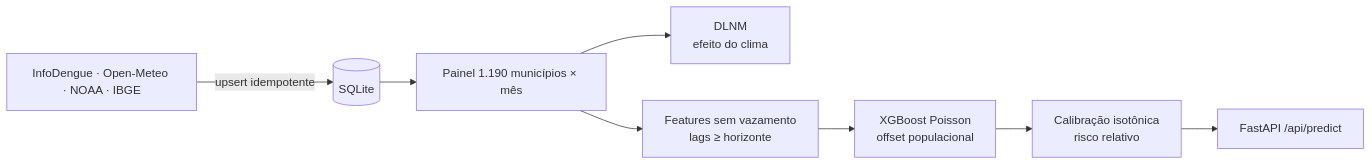
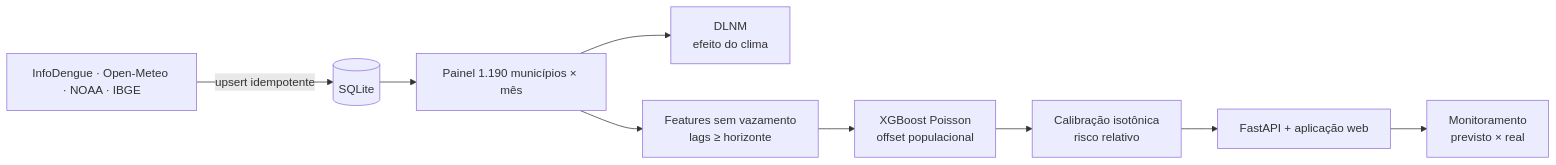
The diagram in README.md (ruigabriel1/Projeto_Clima_X_Dengue), drawn with Mermaid before and after one commit. The commit also changed other lines of this file and 16 other files, not shown here.

````diff
--- a/README.md
+++ b/README.md
@@ -106,10 +130,11 @@
 ```mermaid
 flowchart LR
     A[InfoDengue · Open-Meteo · NOAA · IBGE] -->|upsert idempotente| B[(SQLite)]
     B --> C[Painel 1.190 municípios × mês]
     C --> D[DLNM<br/>efeito do clima]
     C --> E[Features sem vazamento<br/>lags ≥ horizonte]
     E --> F[XGBoost Poisson<br/>offset populacional]
     F --> G[Calibração isotônica<br/>risco relativo]
-    G --> H[FastAPI /api/predict]
+    G --> H[FastAPI + aplicação web]
+    H --> I[Monitoramento<br/>previsto × real]
 ```
````
